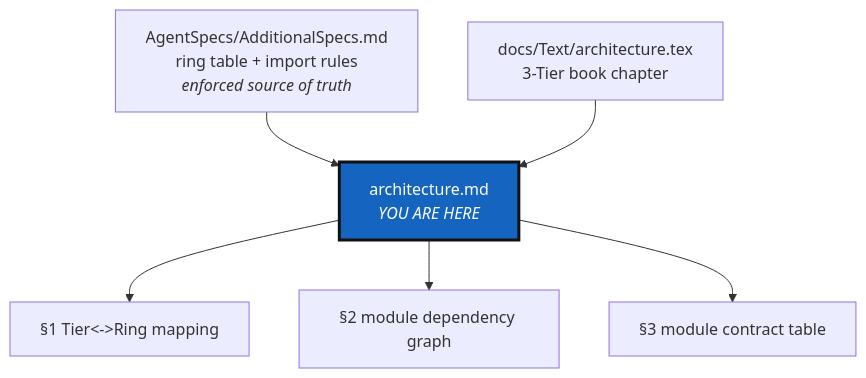
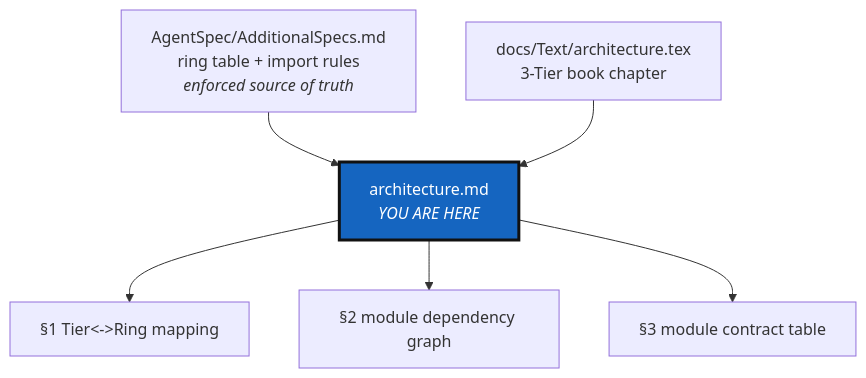
One commit to flipoyo/ComplexGitSync changed the first of 2 diagrams in docs/DevGuide/architecture.md. Above: the diagram before and after it, drawn with Mermaid. The commit also changed other lines of this file and 42 other files, not shown here.

````diff
--- a/docs/DevGuide/architecture.md
+++ b/docs/DevGuide/architecture.md
@@ -41,11 +41,11 @@
 ```mermaid
 graph TD
-    AUDIT["AgentSpecs/AdditionalSpecs.md<br/>ring table + import rules<br/><i>enforced source of truth</i>"] --> ARCH["architecture.md<br/><i>YOU ARE HERE</i>"]
+    AUDIT["AgentSpec/AdditionalSpecs.md<br/>ring table + import rules<br/><i>enforced source of truth</i>"] --> ARCH["architecture.md<br/><i>YOU ARE HERE</i>"]
     TEX["docs/Text/architecture.tex<br/>3-Tier book chapter"] --> ARCH
     ARCH --> MAP["§1 Tier<->Ring mapping"]
     ARCH --> GRAPH["§2 module dependency graph"]
     ARCH --> TABLE["§3 module contract table"]
 
     classDef here fill:#1565C0,color:#fff,stroke:#111,stroke-width:3px;
     class ARCH here;
 ```
````
